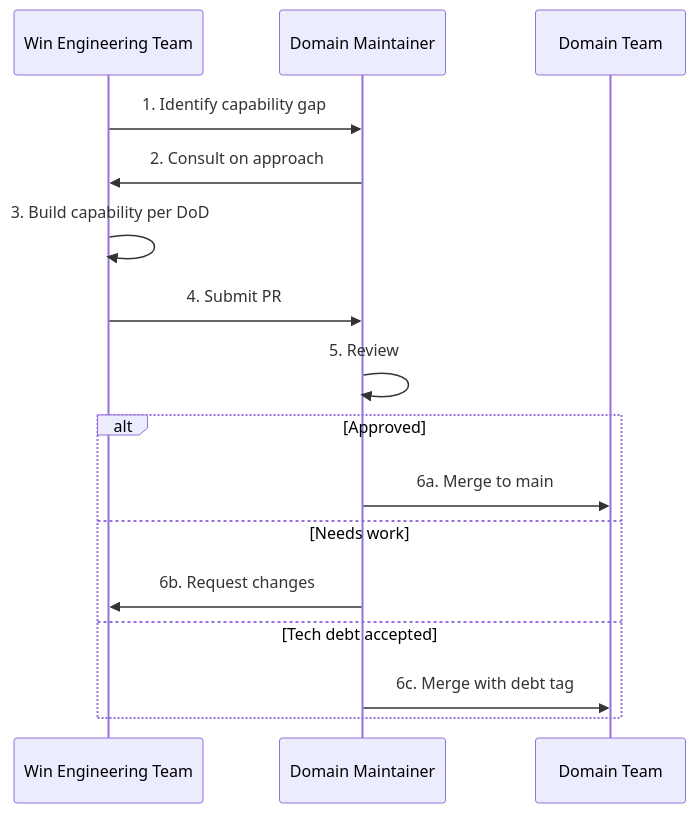
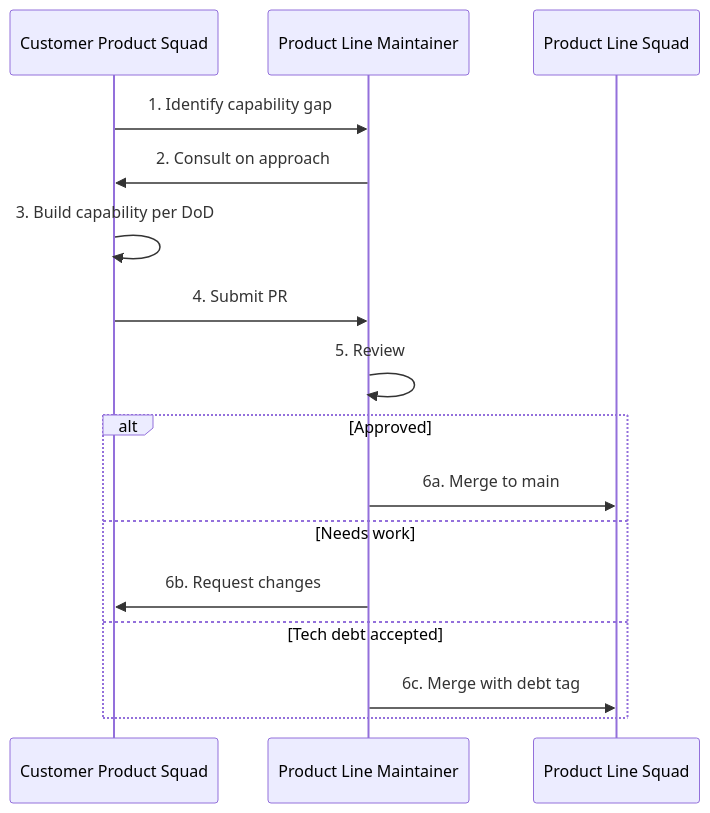
Before and after one commit to gramki/temp-website: the diagram in org-8.0/product-line-engineering/governance/inner-source-guidelines.md, drawn with Mermaid. The commit also changed other lines of this file and 133 other files, not shown here.

````diff
--- a/org-8.0/product-line-engineering/governance/inner-source-guidelines.md
+++ b/org-8.0/product-line-engineering/governance/inner-source-guidelines.md
@@ -19,19 +19,19 @@
 ```mermaid
 sequenceDiagram
-    participant WE as Win Engineering Team
-    participant DM as Domain Maintainer
-    participant DT as Domain Team
+    participant WE as Customer Product Squad
+    participant DM as Product Line Maintainer
+    participant DT as Product Line Squad
     
     WE->>DM: 1. Identify capability gap
     DM->>WE: 2. Consult on approach
     WE->>WE: 3. Build capability per DoD
     WE->>DM: 4. Submit PR
     DM->>DM: 5. Review
     alt Approved
         DM->>DT: 6a. Merge to main
     else Needs work
         DM->>WE: 6b. Request changes
     else Tech debt accepted
         DM->>DT: 6c. Merge with debt tag
     end
 ```
````
